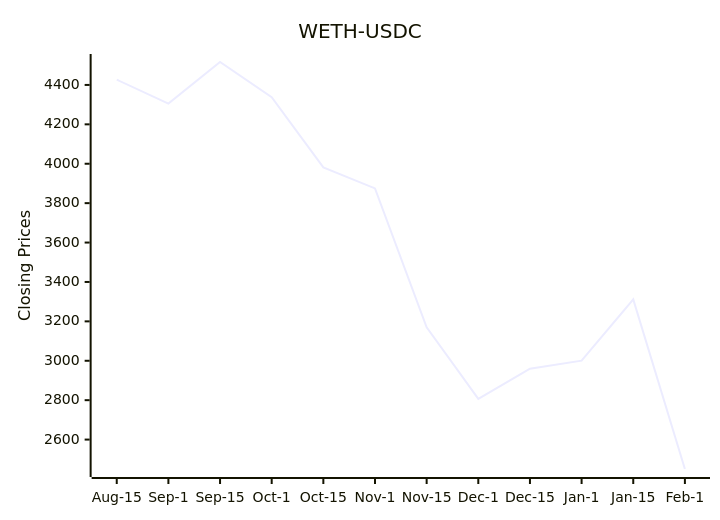
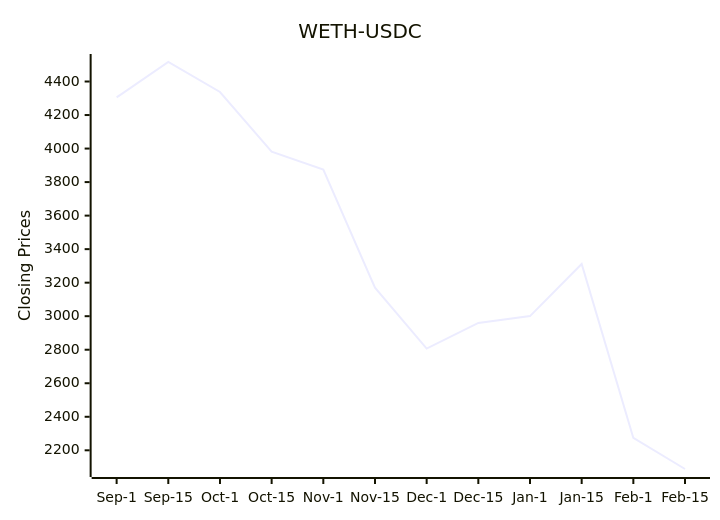
The diagram in README.md (bicced/ReadmeCryptoPriceChart), drawn with Mermaid before and after one commit.

Commit message:
Update README with latest DEX data

````diff
--- a/README.md
+++ b/README.md
@@ -6,7 +6,7 @@
 ```mermaid
 xychart-beta
   title "WETH-USDC"
-  x-axis [Aug-15,Sep-1,Sep-15,Oct-1,Oct-15,Nov-1,Nov-15,Dec-1,Dec-15,Jan-1,Jan-15,Feb-1]
-  y-axis "Closing Prices" 2450.67862496975 --> 4516.39403113754
-  line [4426.73412630884,4305.29196667193,4516.39403113754,4337.4165948864,3981.40087035479,3874.8082284479,3170.25621083736,2806.91719695467,2959.74010356289,3000.67820680034,3311.65440575894,2450.67862496975]
+  x-axis [Sep-1,Sep-15,Oct-1,Oct-15,Nov-1,Nov-15,Dec-1,Dec-15,Jan-1,Jan-15,Feb-1,Feb-15]
+  y-axis "Closing Prices" 2088.43846357347 --> 4516.39403113754
+  line [4305.29196667193,4516.39403113754,4337.4165948864,3981.40087035479,3874.8082284479,3170.25621083736,2806.91719695467,2959.74010356289,3000.67820680034,3311.65440575894,2273.66104115322,2088.43846357347]
 ```
````
